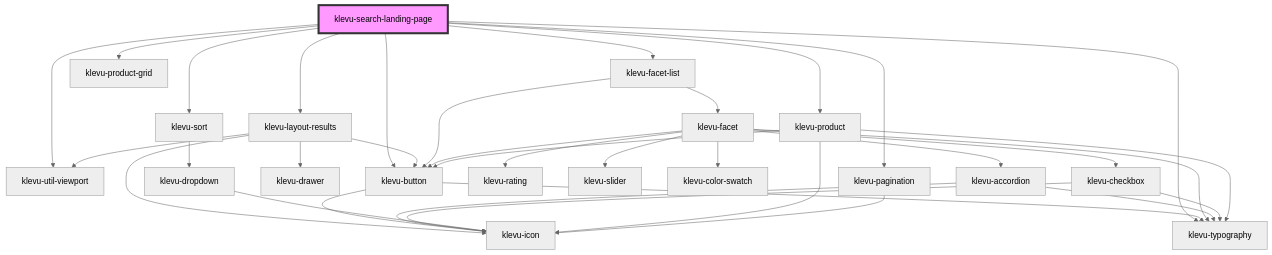
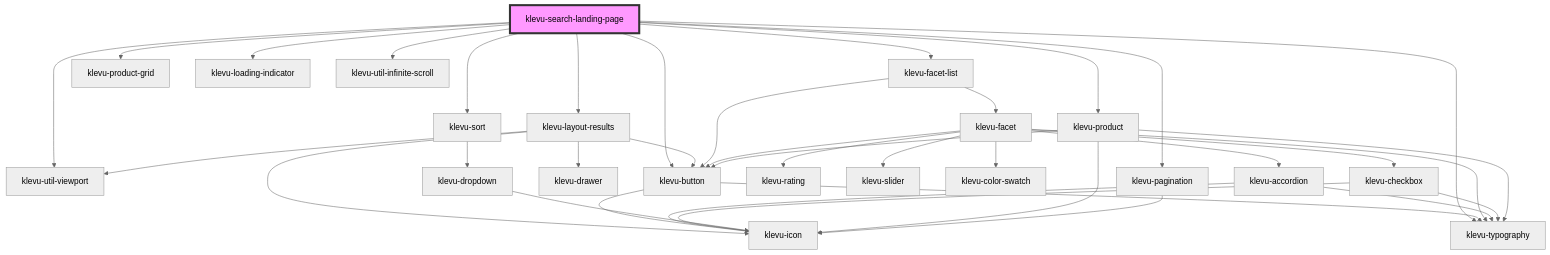
The diagram in packages/klevu-ui/src/components/klevu-search-landing-page/readme.md (klevultd/frontend-sdk), drawn with Mermaid (neutral theme) before and after one commit. The commit also changed other lines of this file and 24 other files, not shown here.

First line of the commit message:
UI: Infinite loading component (#391)

````diff
--- a/packages/klevu-ui/src/components/klevu-search-landing-page/readme.md
+++ b/packages/klevu-ui/src/components/klevu-search-landing-page/readme.md
@@ -56,38 +59,40 @@
 ```mermaid
 graph TD;
   klevu-search-landing-page --> klevu-util-viewport
   klevu-search-landing-page --> klevu-layout-results
   klevu-search-landing-page --> klevu-facet-list
   klevu-search-landing-page --> klevu-typography
   klevu-search-landing-page --> klevu-sort
   klevu-search-landing-page --> klevu-product-grid
   klevu-search-landing-page --> klevu-product
+  klevu-search-landing-page --> klevu-loading-indicator
+  klevu-search-landing-page --> klevu-util-infinite-scroll
   klevu-search-landing-page --> klevu-pagination
   klevu-search-landing-page --> klevu-button
   klevu-layout-results --> klevu-util-viewport
   klevu-layout-results --> klevu-button
   klevu-layout-results --> klevu-icon
   klevu-layout-results --> klevu-drawer
   klevu-button --> klevu-icon
   klevu-button --> klevu-typography
   klevu-facet-list --> klevu-facet
   klevu-facet-list --> klevu-button
   klevu-facet --> klevu-accordion
   klevu-facet --> klevu-rating
   klevu-facet --> klevu-typography
   klevu-facet --> klevu-slider
   klevu-facet --> klevu-color-swatch
   klevu-facet --> klevu-checkbox
   klevu-facet --> klevu-button
   klevu-accordion --> klevu-typography
   klevu-accordion --> klevu-icon
   klevu-checkbox --> klevu-icon
   klevu-checkbox --> klevu-typography
   klevu-sort --> klevu-dropdown
   klevu-dropdown --> klevu-icon
   klevu-product --> klevu-icon
   klevu-product --> klevu-typography
   klevu-product --> klevu-button
   klevu-pagination --> klevu-icon
   style klevu-search-landing-page fill:#f9f,stroke:#333,stroke-width:4px
 ```
````
